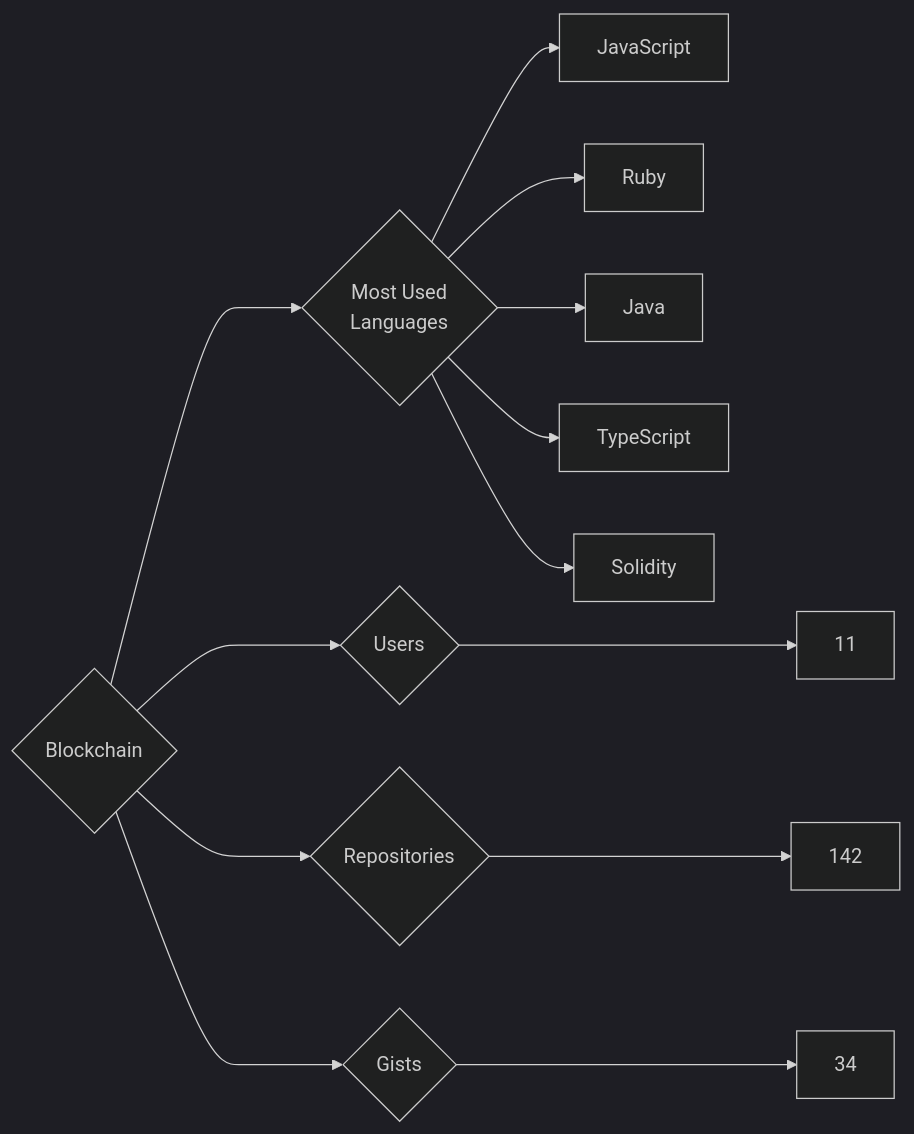
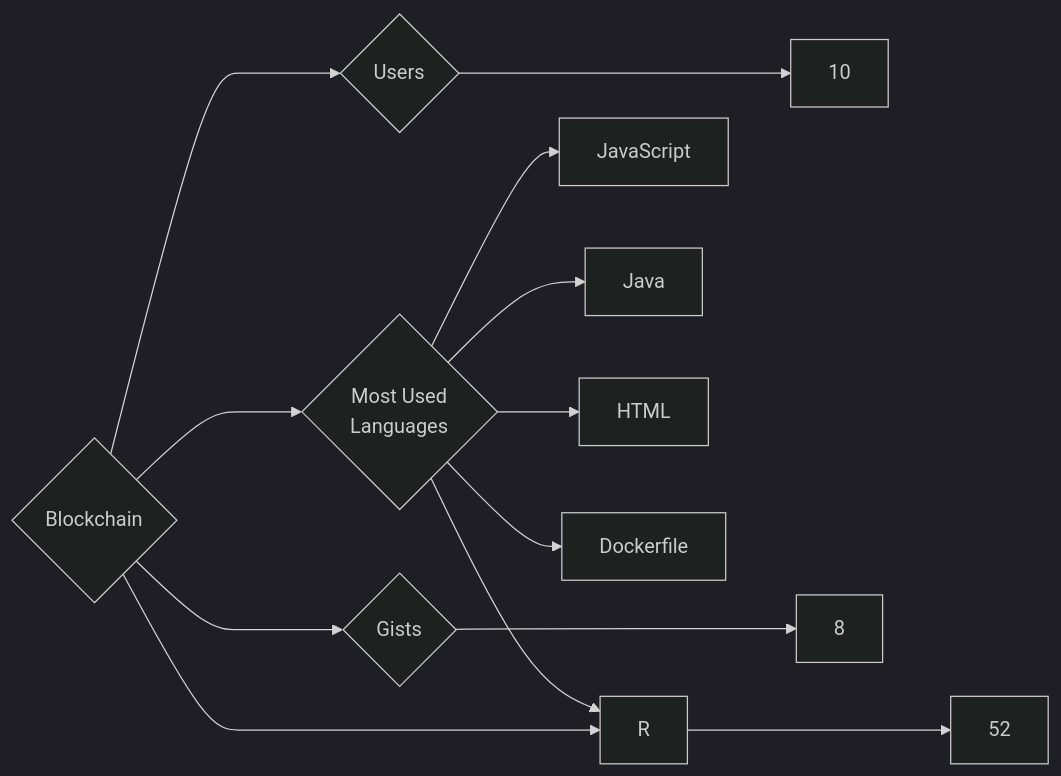
Before and after one commit to trickest/insiders: the diagram in targets/Blockchain/README.md, drawn with Mermaid (dark theme). The commit also changed 1167 other files, not shown here.

````diff
--- a/targets/Blockchain/README.md
+++ b/targets/Blockchain/README.md
@@ -3,13 +3,13 @@
 ```mermaid
 graph LR
 COMPANY_NAME{Blockchain}
-COMPANY_NAME ---> U{Users} ---> UN[11]
-COMPANY_NAME ---> R{Repositories} ---> RN[142]
-COMPANY_NAME ---> G{Gists} ---> GN[34]
+COMPANY_NAME ---> U{Users} ---> UN[10]
+COMPANY_NAME ---> R{Repositories} ---> RN[52]
+COMPANY_NAME ---> G{Gists} ---> GN[8]
 COMPANY_NAME ---> ML{Most Used<br>Languages}
 ML --> JavaScript[JavaScript]
-ML --> Ruby[Ruby]
 ML --> Java[Java]
-ML --> TypeScript[TypeScript]
-ML --> Solidity[Solidity]
+ML --> R[R]
+ML --> HTML[HTML]
+ML --> Dockerfile[Dockerfile]
 ```
````
